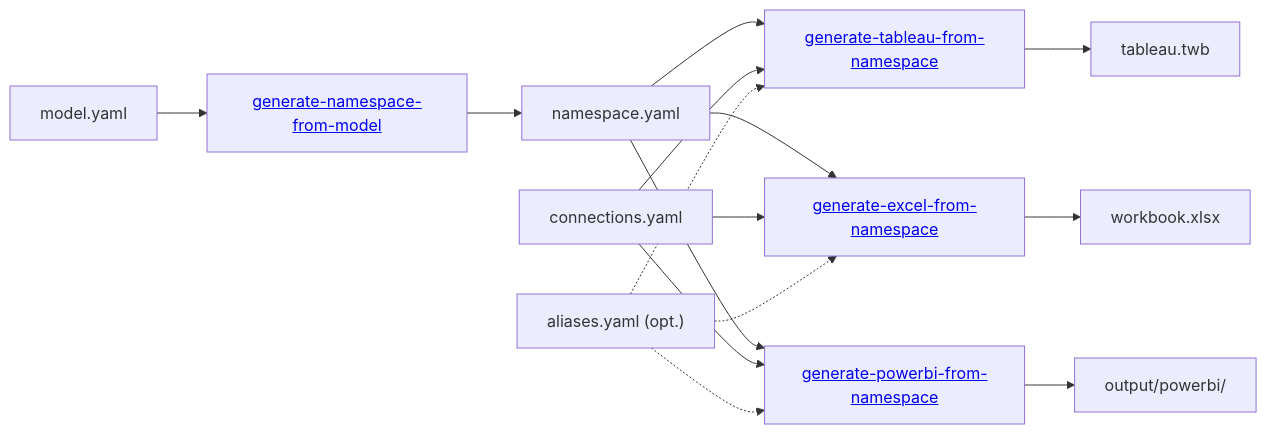
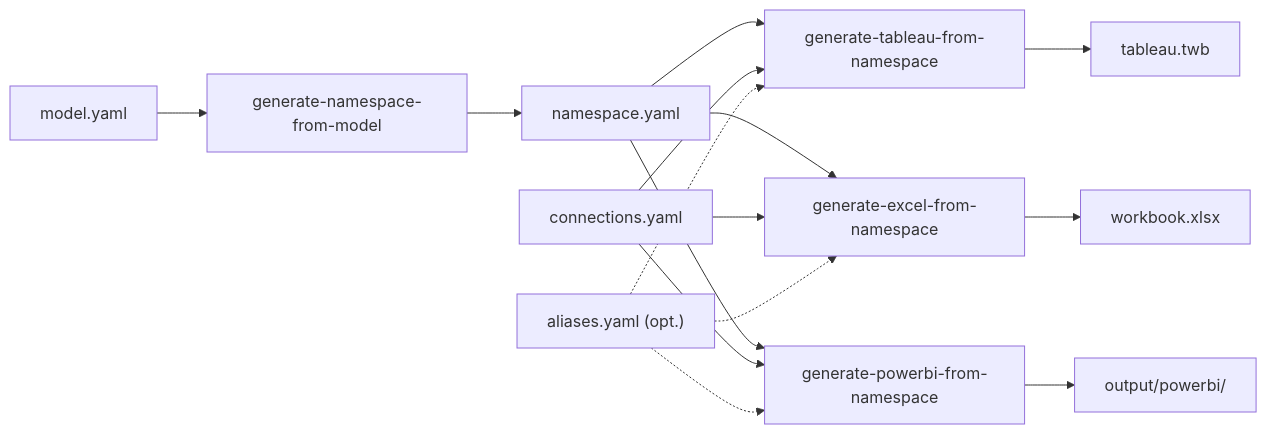
Before and after one commit to AtScaleInc/ps-utils: the fourth of 8 diagrams in README.md, drawn with Mermaid. The commit also changed other lines of this file and 1 other file, not shown here.

Commit message:
fix: remove HTML links from mermaid diagrams in README and ACTIONS documentation

````diff
--- a/README.md
+++ b/README.md
@@ -57,9 +57,9 @@
 ```mermaid
 flowchart LR
-    MODEL["model.yaml"] --> A["<a href='#generate-namespace-from-model'>generate-namespace-from-model</a>"] --> NS["namespace.yaml"]
-    NS --> B["<a href='#generate-tableau-from-namespace'>generate-tableau-from-namespace</a>"] --> TWB["tableau.twb"]
-    NS --> C["<a href='#generate-excel-from-namespace'>generate-excel-from-namespace</a>"] --> XLSX["workbook.xlsx"]
-    NS --> D["<a href='#generate-powerbi-from-namespace'>generate-powerbi-from-namespace</a>"] --> PBI["output/powerbi/"]
+    MODEL["model.yaml"] --> A["generate-namespace-from-model"] --> NS["namespace.yaml"]
+    NS --> B["generate-tableau-from-namespace"] --> TWB["tableau.twb"]
+    NS --> C["generate-excel-from-namespace"] --> XLSX["workbook.xlsx"]
+    NS --> D["generate-powerbi-from-namespace"] --> PBI["output/powerbi/"]
     CONN["connections.yaml"] --> B & C & D
     ALIASES["aliases.yaml (opt.)"] -.-> B & C & D
 ```
````
